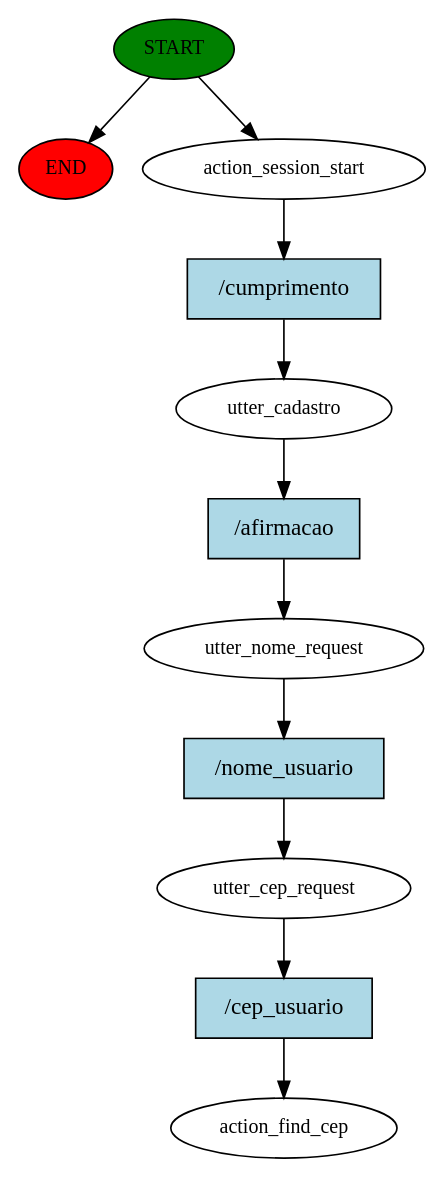
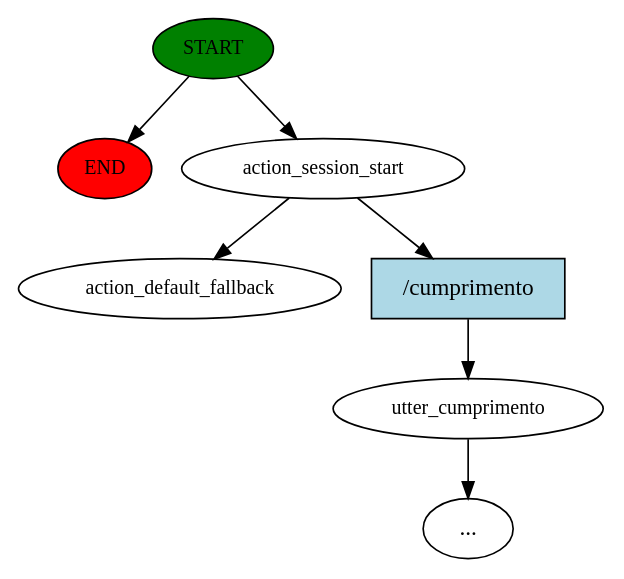
Before and after one commit to JuanFSR/JAM-Bot: the diagram in src/story_graph.dot, drawn with Graphviz. The commit also changed 4 other files, not shown here.

```diff
--- a/src/story_graph.dot
+++ b/src/story_graph.dot
@@ -1,23 +1,15 @@
 digraph  {
 0 [class="start active", fillcolor=green, fontsize=12, label=START, style=filled];
 "-1" [class=end, fillcolor=red, fontsize=12, label=END, style=filled];
 1 [class=active, fontsize=12, label=action_session_start];
-2 [class=active, fontsize=12, label=utter_cadastro];
-3 [class=active, fontsize=12, label=utter_nome_request];
-4 [class=active, fontsize=12, label=utter_cep_request];
-5 [class="dashed active", fontsize=12, label=action_find_cep];
-6 [class="intent active", fillcolor=lightblue, label="/cumprimento", shape=rect, style=filled];
-7 [class="intent active", fillcolor=lightblue, label="/afirmacao", shape=rect, style=filled];
-8 [class="intent active", fillcolor=lightblue, label="/nome_usuario", shape=rect, style=filled];
-9 [class="intent active", fillcolor=lightblue, label="/cep_usuario", shape=rect, style=filled];
+2 [class="", fontsize=12, label=utter_cumprimento];
+"-3" [class=ellipsis, label="..."];
+4 [class="dashed active", fontsize=12, label=action_default_fallback];
+5 [class=intent, fillcolor=lightblue, label="/cumprimento", shape=rect, style=filled];
 0 -> "-1"  [class="", key=NONE, label=""];
 0 -> 1  [class=active, key=NONE, label=""];
-1 -> 6  [class=active, key=0];
-2 -> 7  [class=active, key=0];
-3 -> 8  [class=active, key=0];
-4 -> 9  [class=active, key=0];
-6 -> 2  [class=active, key=0];
-7 -> 3  [class=active, key=0];
-8 -> 4  [class=active, key=0];
-9 -> 5  [class=active, key=0];
+1 -> 4  [class=active, key=NONE, label=""];
+1 -> 5  [class="", key=0];
+2 -> "-3"  [class="", key=NONE, label=""];
+5 -> 2  [class="", key=0];
 }
```
